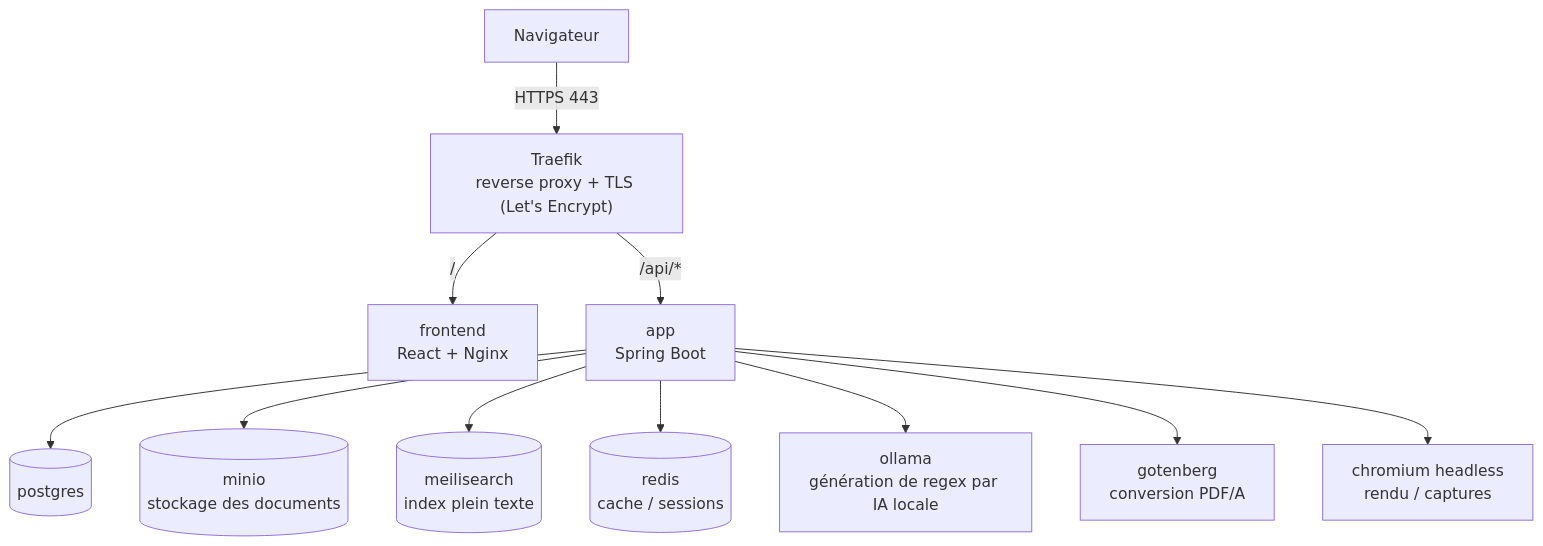
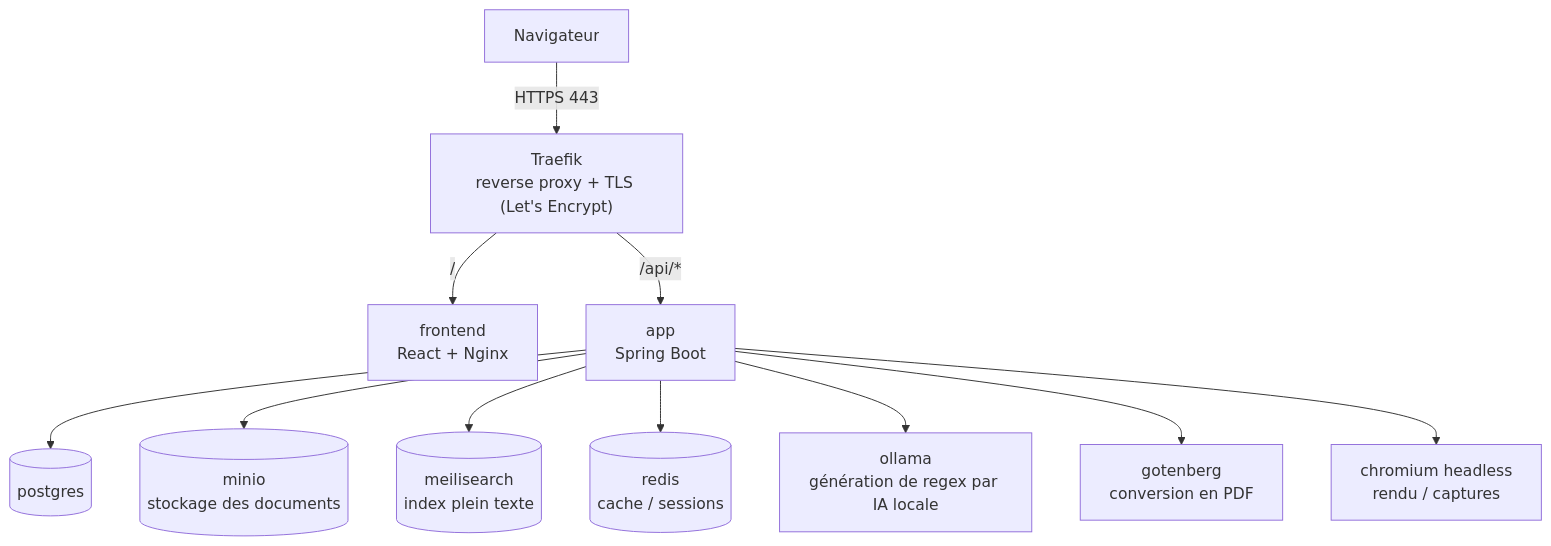
Before and after one commit to Lloyd-koutele/MadeArchive: the diagram in README.md, drawn with Mermaid. The commit also changed other lines of this file, not shown here.

Commit message:
README : Gotenberg convertit en PDF, la conformite PDF/A est assuree par l'application

````diff
--- a/README.md
+++ b/README.md
@@ -60,14 +60,14 @@
 ```mermaid
 flowchart TB
     U["Navigateur"] -->|HTTPS 443| T["Traefik<br/>reverse proxy + TLS (Let's Encrypt)"]
     T -->|"/ "| F["frontend<br/>React + Nginx"]
     T -->|"/api/*"| A["app<br/>Spring Boot"]
 
     A --> PG[("postgres")]
     A --> MI[("minio<br/>stockage des documents")]
     A --> ME[("meilisearch<br/>index plein texte")]
     A --> RE[("redis<br/>cache / sessions")]
     A --> OL["ollama<br/>génération de regex par IA locale"]
-    A --> GO["gotenberg<br/>conversion PDF/A"]
+    A --> GO["gotenberg<br/>conversion en PDF"]
     A --> CH["chromium headless<br/>rendu / captures"]
 ```
````
